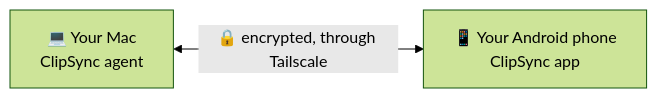
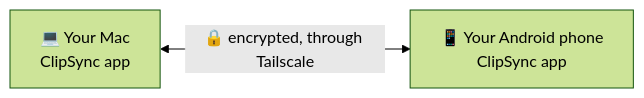
One commit to grovebit/swapboard changed the diagram in README.md. Above: the diagram before and after it, drawn with Mermaid (forest theme). The commit also changed other lines of this file and 6 other files, not shown here.

````diff
--- a/README.md
+++ b/README.md
@@ -49,4 +46,4 @@
 ```mermaid
 flowchart LR
-    mac["💻 Your Mac<br/>ClipSync agent"] <-->|"🔒 encrypted, through Tailscale"| phone["📱 Your Android phone<br/>ClipSync app"]
+    mac["💻 Your Mac<br/>ClipSync app"] <-->|"🔒 encrypted, through Tailscale"| phone["📱 Your Android phone<br/>ClipSync app"]
 ```
````
